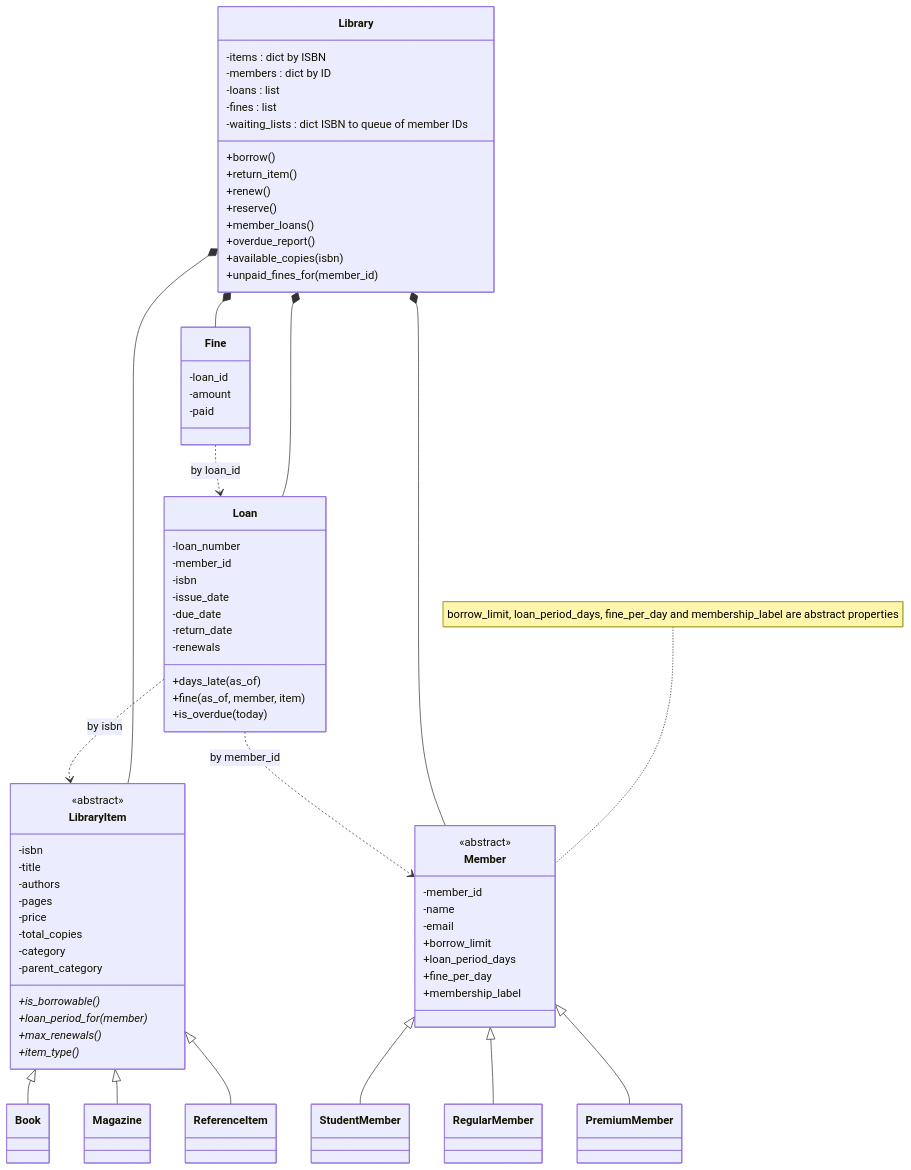
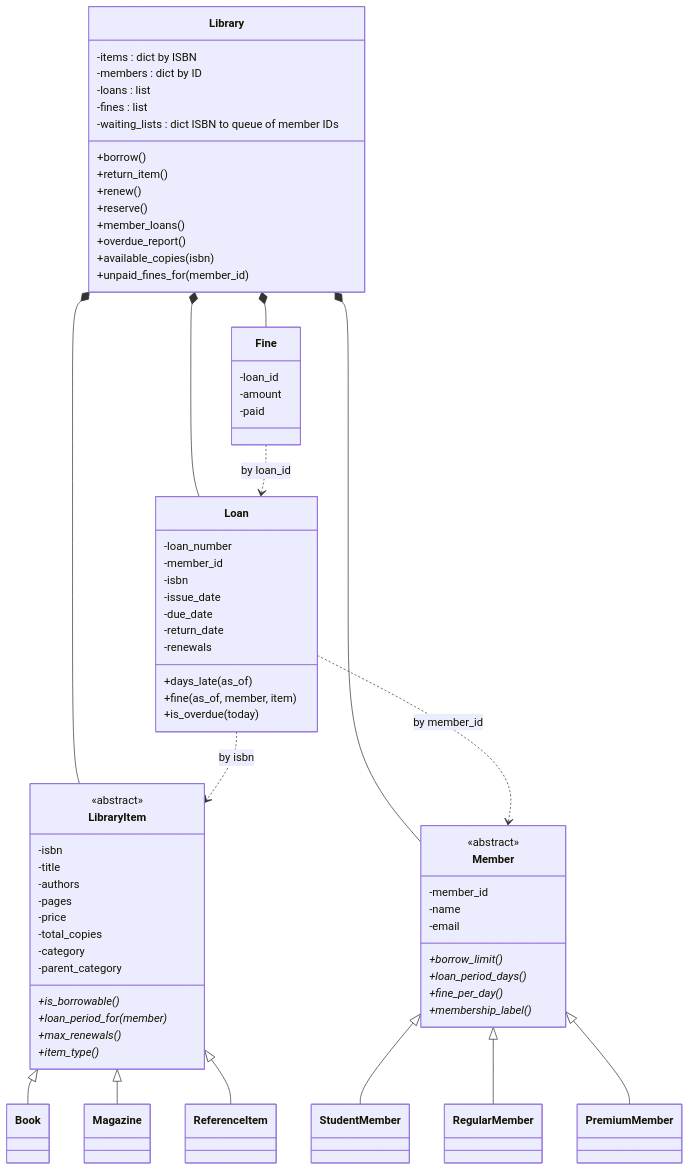
One commit to Laya-projects/library_hub changed the diagram in docs/design_notes.md. Above: the diagram before and after it, drawn with Mermaid. The commit also changed other lines of this file and 6 other files, not shown here.

````diff
--- a/docs/design_notes.md
+++ b/docs/design_notes.md
@@ -26,82 +26,81 @@
 ```mermaid
 classDiagram
     class LibraryItem {
         <<abstract>>
         -isbn
         -title
         -authors
         -pages
         -price
         -total_copies
         -category
         -parent_category
         +is_borrowable()*
         +loan_period_for(member)*
         +max_renewals()*
         +item_type()*
     }
     class Book
     class Magazine
     class ReferenceItem
     LibraryItem <|-- Book
     LibraryItem <|-- Magazine
     LibraryItem <|-- ReferenceItem
 
     class Member {
         <<abstract>>
         -member_id
         -name
         -email
-        +borrow_limit
-        +loan_period_days
-        +fine_per_day
-        +membership_label
+        +borrow_limit()*
+        +loan_period_days()*
+        +fine_per_day()*
+        +membership_label()*
     }
-    note for Member "borrow_limit, loan_period_days, fine_per_day and membership_label are abstract properties"
     class StudentMember
     class RegularMember
     class PremiumMember
     Member <|-- StudentMember
     Member <|-- RegularMember
     Member <|-- PremiumMember
 
     class Loan {
         -loan_number
         -member_id
         -isbn
         -issue_date
         -due_date
         -return_date
         -renewals
         +days_late(as_of)
         +fine(as_of, member, item)
         +is_overdue(today)
     }
     class Fine {
         -loan_id
         -amount
         -paid
     }
     class Library {
         -items : dict by ISBN
         -members : dict by ID
         -loans : list
         -fines : list
         -waiting_lists : dict ISBN to queue of member IDs
         +borrow()
         +return_item()
         +renew()
         +reserve()
         +member_loans()
         +overdue_report()
         +available_copies(isbn)
         +unpaid_fines_for(member_id)
     }
     Library *-- LibraryItem
     Library *-- Member
     Library *-- Loan
     Library *-- Fine
     Loan ..> Member : by member_id
     Loan ..> LibraryItem : by isbn
     Fine ..> Loan : by loan_id
 ```
````
